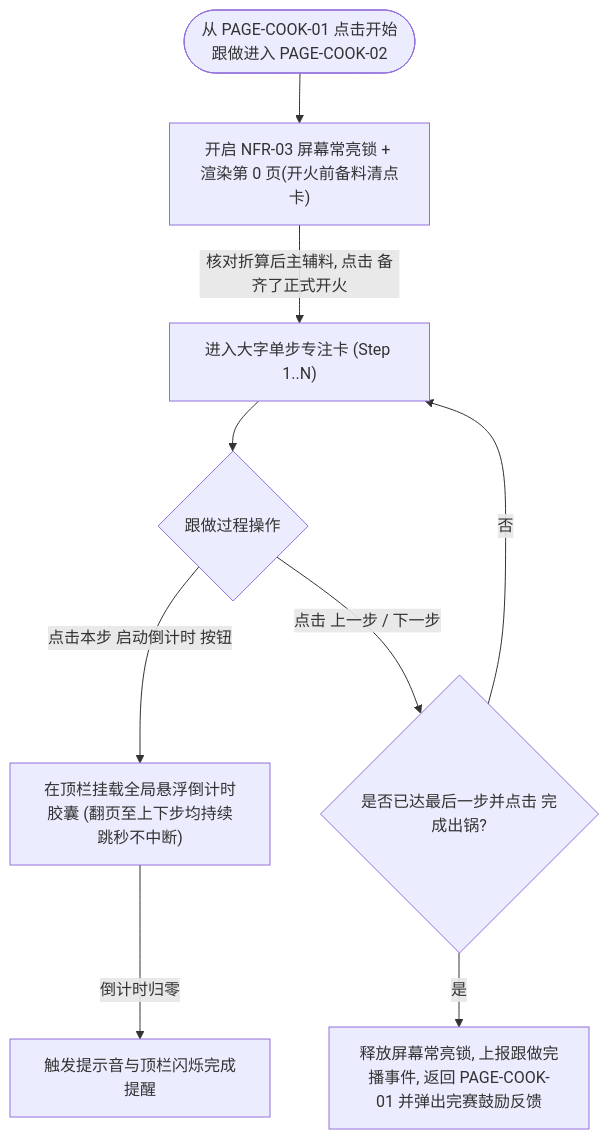
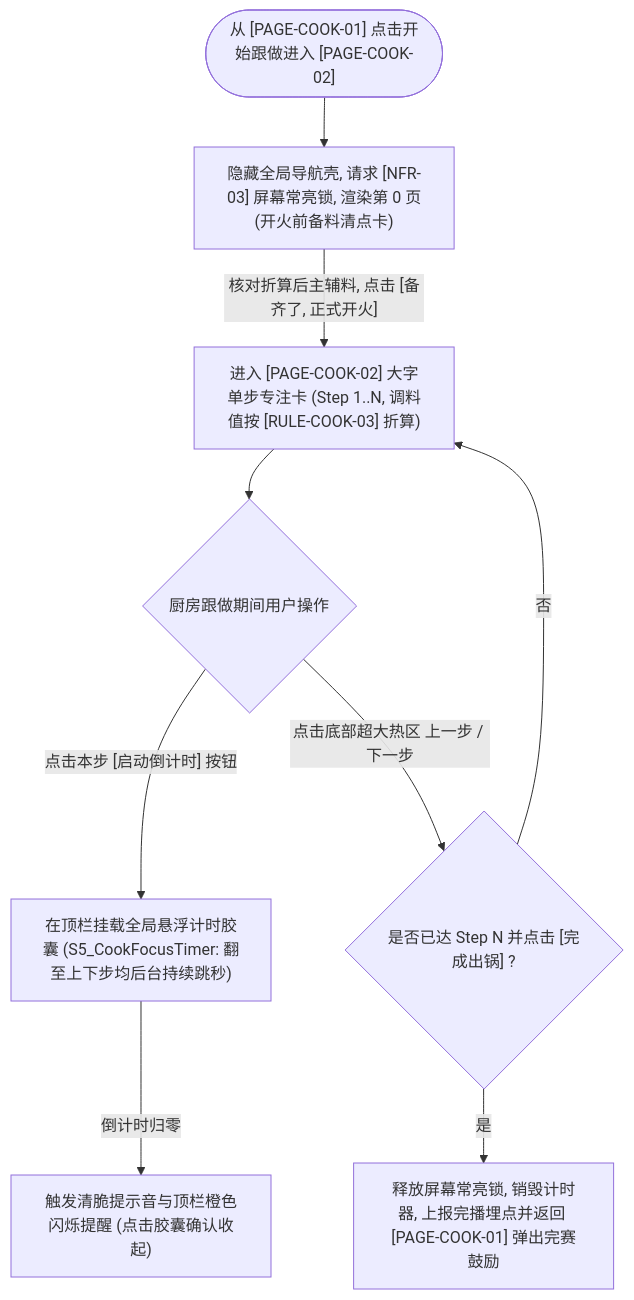
One commit to icecream154/Cookbook changed the second of 2 diagrams in Product/spec/04-ia-and-flows/flows/detail-and-cooking.md. Above: the diagram before and after it, drawn with Mermaid. The commit also changed other lines of this file and 28 other files, not shown here.

Commit message:
feat: update ia and flows doc

````diff
--- a/Product/spec/04-ia-and-flows/flows/detail-and-cooking.md
+++ b/Product/spec/04-ia-and-flows/flows/detail-and-cooking.md
@@ -29,13 +38,13 @@
 ```mermaid
 flowchart TD
-    ENTER_COOK(["从 PAGE-COOK-01 点击开始跟做进入 PAGE-COOK-02"]) --> WAKE_LOCK["开启 NFR-03 屏幕常亮锁 + 渲染第 0 页(开火前备料清点卡)"]
-    WAKE_LOCK -- "核对折算后主辅料, 点击 备齐了正式开火" --> STEP_N["进入大字单步专注卡 (Step 1..N)"]
+    ENTER_COOK(["从 [PAGE-COOK-01] 点击开始跟做进入 [PAGE-COOK-02]"]) --> WAKE_LOCK["隐藏全局导航壳, 请求 [NFR-03] 屏幕常亮锁, 渲染第 0 页(开火前备料清点卡)"]
+    WAKE_LOCK -- "核对折算后主辅料, 点击 [备齐了, 正式开火]" --> STEP_N["进入 [PAGE-COOK-02] 大字单步专注卡 (Step 1..N, 调料值按 [RULE-COOK-03] 折算)"]
 
-    STEP_N --> STEP_ACT{"跟做过程操作"}
-    STEP_ACT -- "点击本步 启动倒计时 按钮" --> FLOAT_TIMER["在顶栏挂载全局悬浮倒计时胶囊 (翻页至上下步均持续跳秒不中断)"]
-    FLOAT_TIMER -- "倒计时归零" --> ALARM["触发提示音与顶栏闪烁完成提醒"]
+    STEP_N --> STEP_ACT{"厨房跟做期间用户操作"}
+    STEP_ACT -- "点击本步 [启动倒计时] 按钮" --> FLOAT_TIMER["在顶栏挂载全局悬浮计时胶囊 (S5_CookFocusTimer: 翻至上下步均后台持续跳秒)"]
+    FLOAT_TIMER -- "倒计时归零" --> ALARM["触发清脆提示音与顶栏橙色闪烁提醒 (点击胶囊确认收起)"]
 
-    STEP_ACT -- "点击 上一步 / 下一步" --> NAV_STEP{"是否已达最后一步并点击 完成出锅?"}
+    STEP_ACT -- "点击底部超大热区 上一步 / 下一步" --> NAV_STEP{"是否已达 Step N 并点击 [完成出锅] ?"}
     NAV_STEP -- "否" --> STEP_N
-    NAV_STEP -- "是" --> FINISH["释放屏幕常亮锁, 上报跟做完播事件, 返回 PAGE-COOK-01 并弹出完赛鼓励反馈"]
+    NAV_STEP -- "是" --> FINISH["释放屏幕常亮锁, 销毁计时器, 上报完播埋点并返回 [PAGE-COOK-01] 弹出完赛鼓励"]
 ```
````
